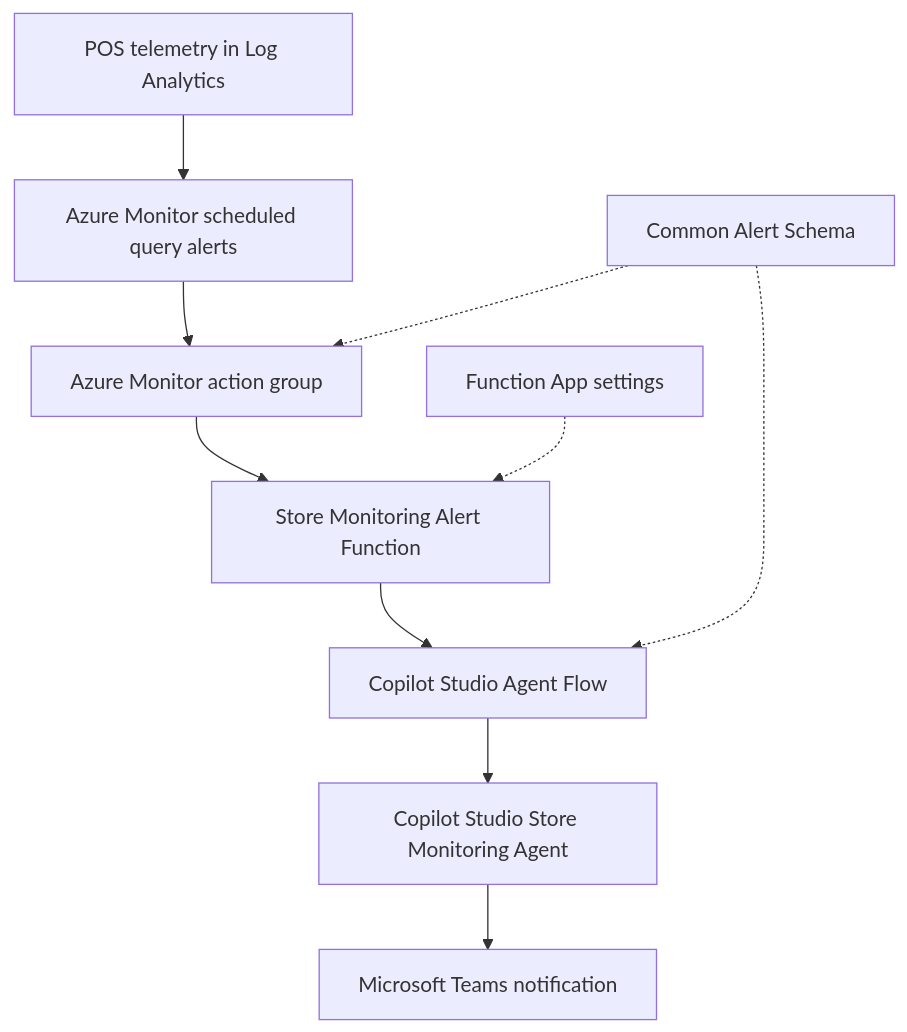
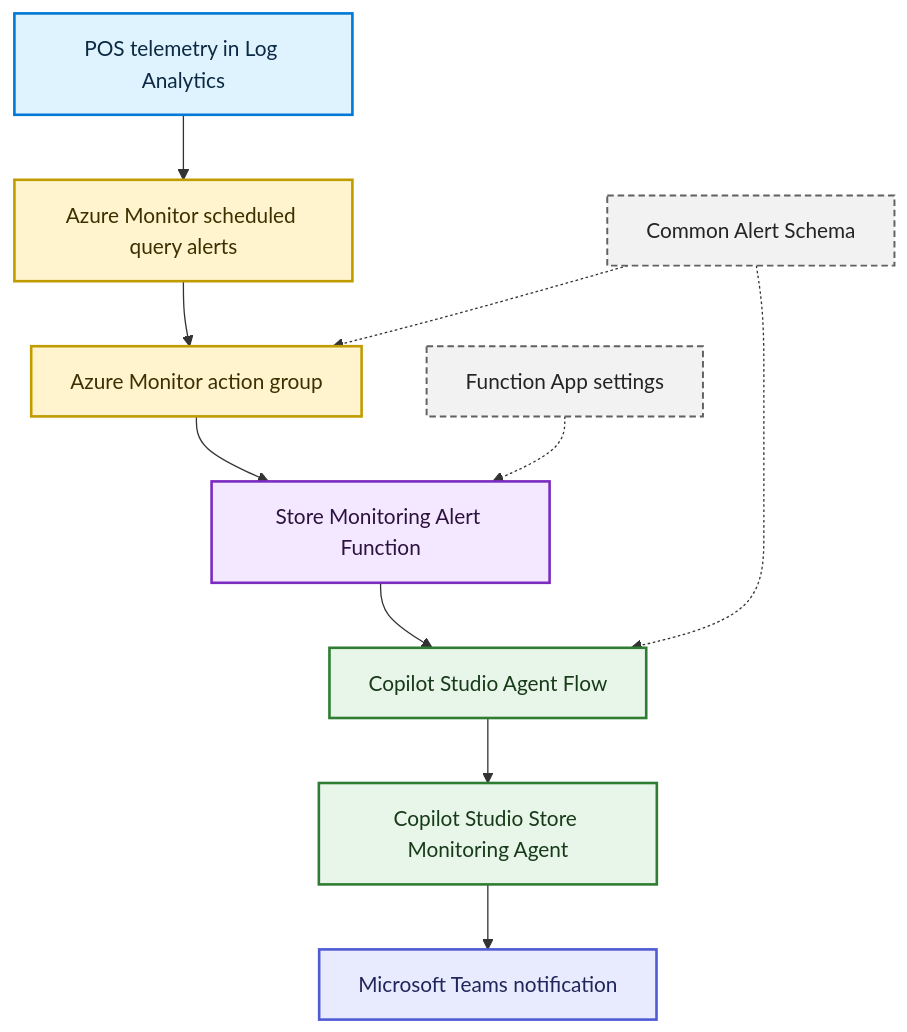
The diagram in Agents/AI ERP Agents/StoreMonitoringAgent/docs/alert-triggered-agent.md (microsoft/Dynamics-365-FastTrack-Implementation-Assets), drawn with Mermaid before and after one commit. The commit also changed 14 other files, not shown here.

````diff
--- a/Agents/AI ERP Agents/StoreMonitoringAgent/docs/alert-triggered-agent.md
+++ b/Agents/AI ERP Agents/StoreMonitoringAgent/docs/alert-triggered-agent.md
@@ -14,13 +14,27 @@
 ```mermaid
 flowchart TD
   A[POS telemetry in Log Analytics] --> B[Azure Monitor scheduled query alerts]
   B --> C[Azure Monitor action group]
   C --> D[Store Monitoring Alert Function]
   D --> E[Copilot Studio Agent Flow]
   E --> F[Copilot Studio Store Monitoring Agent]
   F --> G[Microsoft Teams notification]
 
   H[Function App settings] -.-> D
   I[Common Alert Schema] -.-> C
   I -.-> E
+
+  classDef telemetry fill:#DFF3FF,stroke:#0078D4,color:#0B2942,stroke-width:2px
+  classDef monitor fill:#FFF4CE,stroke:#C19C00,color:#3B3000,stroke-width:2px
+  classDef compute fill:#F3E8FF,stroke:#7B2CBF,color:#2D123F,stroke-width:2px
+  classDef copilot fill:#E8F5E9,stroke:#2E7D32,color:#173A19,stroke-width:2px
+  classDef notification fill:#E8EAFD,stroke:#4F5BD5,color:#20265C,stroke-width:2px
+  classDef supporting fill:#F2F2F2,stroke:#616161,color:#242424,stroke-width:1.5px,stroke-dasharray:5 3
+
+  class A telemetry
+  class B,C monitor
+  class D compute
+  class E,F copilot
+  class G notification
+  class H,I supporting
 ```
````
